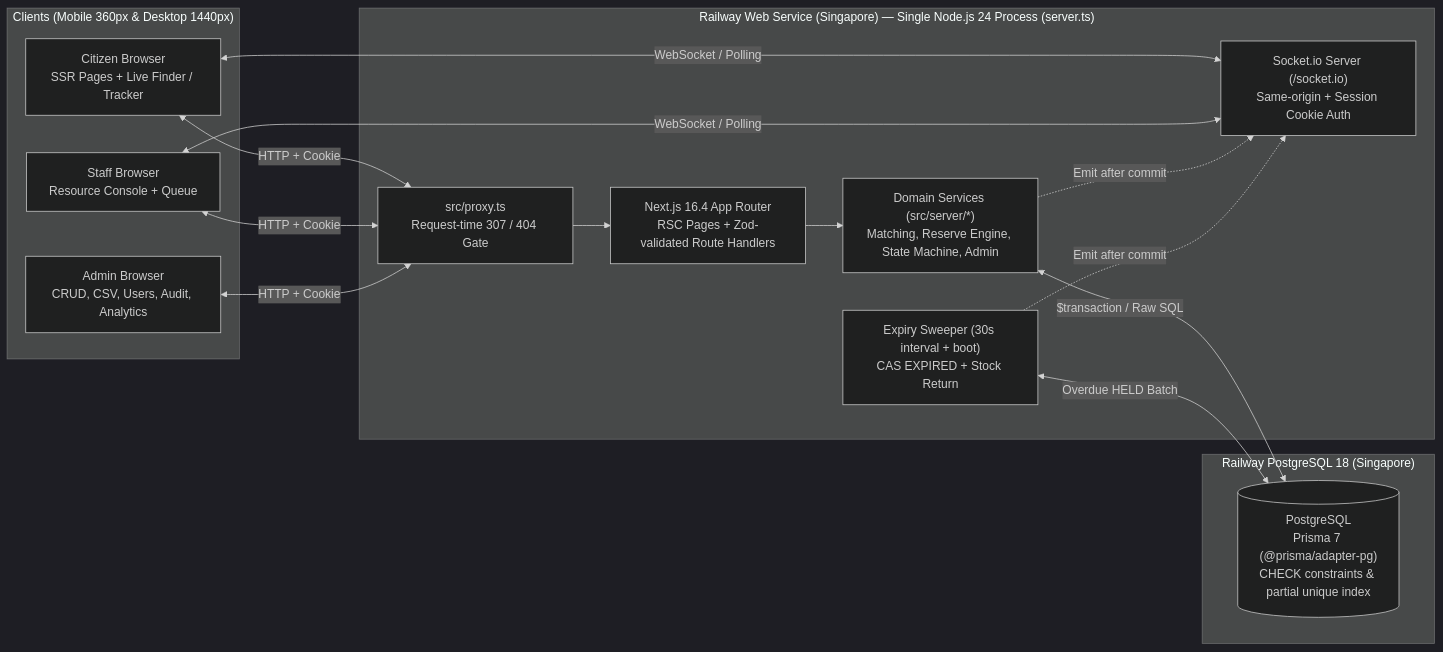
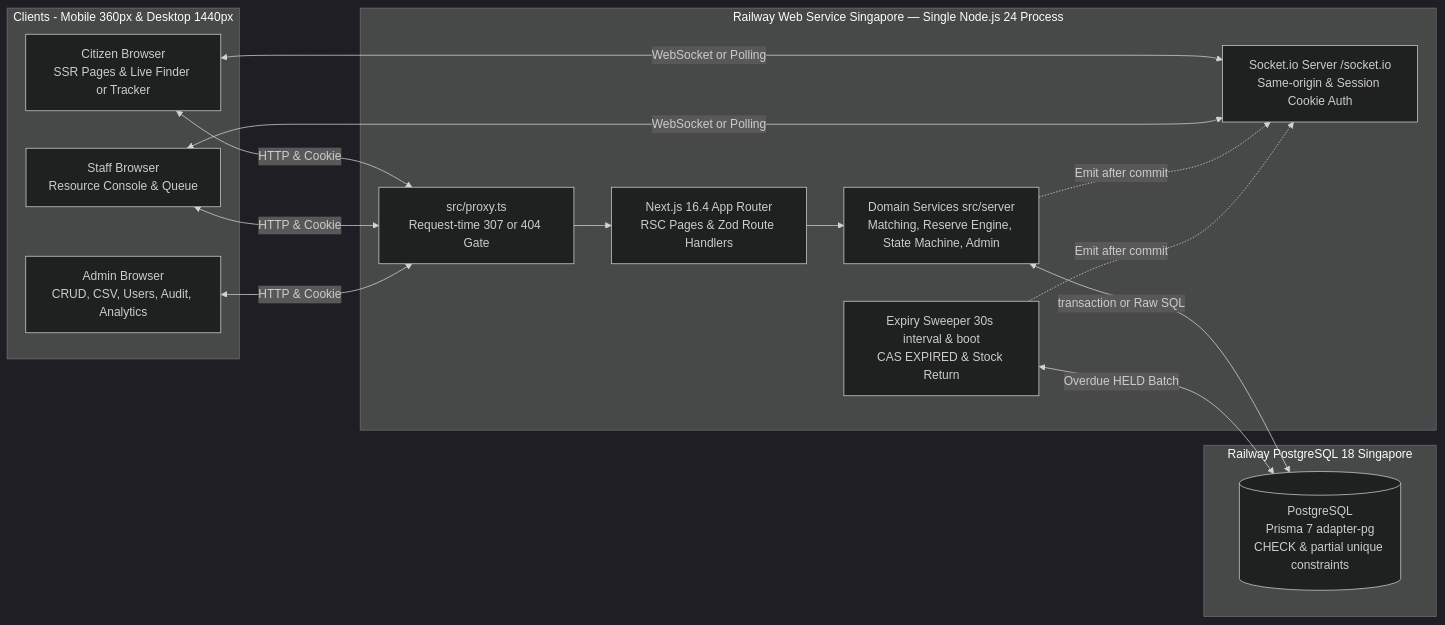
The first of 4 diagrams in docs/ARCHITECTURE.md (irfanulhoquetaseen/Rokkha), drawn with Mermaid (dark theme) before and after one commit. The commit also changed other lines of this file and 2 other files, not shown here.

Commit message:
docs: align rubric map with rulebook, update snakebite stat, and clean Mermaid labels

````diff
--- a/docs/ARCHITECTURE.md
+++ b/docs/ARCHITECTURE.md
@@ -9,32 +9,32 @@
 ```mermaid
 flowchart LR
-  subgraph Clients["Clients (Mobile 360px & Desktop 1440px)"]
-    Citizen["Citizen Browser\nSSR Pages + Live Finder / Tracker"]
-    Staff["Staff Browser\nResource Console + Queue"]
+  subgraph Clients["Clients - Mobile 360px & Desktop 1440px"]
+    Citizen["Citizen Browser\nSSR Pages & Live Finder or Tracker"]
+    Staff["Staff Browser\nResource Console & Queue"]
     Admin["Admin Browser\nCRUD, CSV, Users, Audit, Analytics"]
   end
 
-  subgraph AppServer["Railway Web Service (Singapore) — Single Node.js 24 Process (server.ts)"]
-    Proxy["src/proxy.ts\nRequest-time 307 / 404 Gate"]
-    NextApp["Next.js 16.4 App Router\nRSC Pages + Zod-validated Route Handlers"]
-    Engine["Domain Services (src/server/*)\nMatching, Reserve Engine, State Machine, Admin"]
-    Sweeper["Expiry Sweeper (30s interval + boot)\nCAS EXPIRED + Stock Return"]
-    Socket["Socket.io Server (/socket.io)\nSame-origin + Session Cookie Auth"]
+  subgraph AppServer["Railway Web Service Singapore — Single Node.js 24 Process"]
+    Proxy["src/proxy.ts\nRequest-time 307 or 404 Gate"]
+    NextApp["Next.js 16.4 App Router\nRSC Pages & Zod Route Handlers"]
+    Engine["Domain Services src/server\nMatching, Reserve Engine, State Machine, Admin"]
+    Sweeper["Expiry Sweeper 30s interval & boot\nCAS EXPIRED & Stock Return"]
+    Socket["Socket.io Server /socket.io\nSame-origin & Session Cookie Auth"]
   end
 
-  subgraph DB["Railway PostgreSQL 18 (Singapore)"]
-    PG[("PostgreSQL\nPrisma 7 (@prisma/adapter-pg)\nCHECK constraints & partial unique index")]
+  subgraph DB["Railway PostgreSQL 18 Singapore"]
+    PG[("PostgreSQL\nPrisma 7 adapter-pg\nCHECK & partial unique constraints")]
   end
 
-  Citizen <-->|"HTTP + Cookie"| Proxy
-  Staff <-->|"HTTP + Cookie"| Proxy
-  Admin <-->|"HTTP + Cookie"| Proxy
-  Citizen <-->|"WebSocket / Polling"| Socket
-  Staff <-->|"WebSocket / Polling"| Socket
+  Citizen <-->|"HTTP & Cookie"| Proxy
+  Staff <-->|"HTTP & Cookie"| Proxy
+  Admin <-->|"HTTP & Cookie"| Proxy
+  Citizen <-->|"WebSocket or Polling"| Socket
+  Staff <-->|"WebSocket or Polling"| Socket
   Proxy --> NextApp
   NextApp --> Engine
-  Engine <-->|"$transaction / Raw SQL"| PG
+  Engine <-->|"transaction or Raw SQL"| PG
   Sweeper <-->|"Overdue HELD Batch"| PG
   Engine -.->|"Emit after commit"| Socket
   Sweeper -.->|"Emit after commit"| Socket
 ```
````
